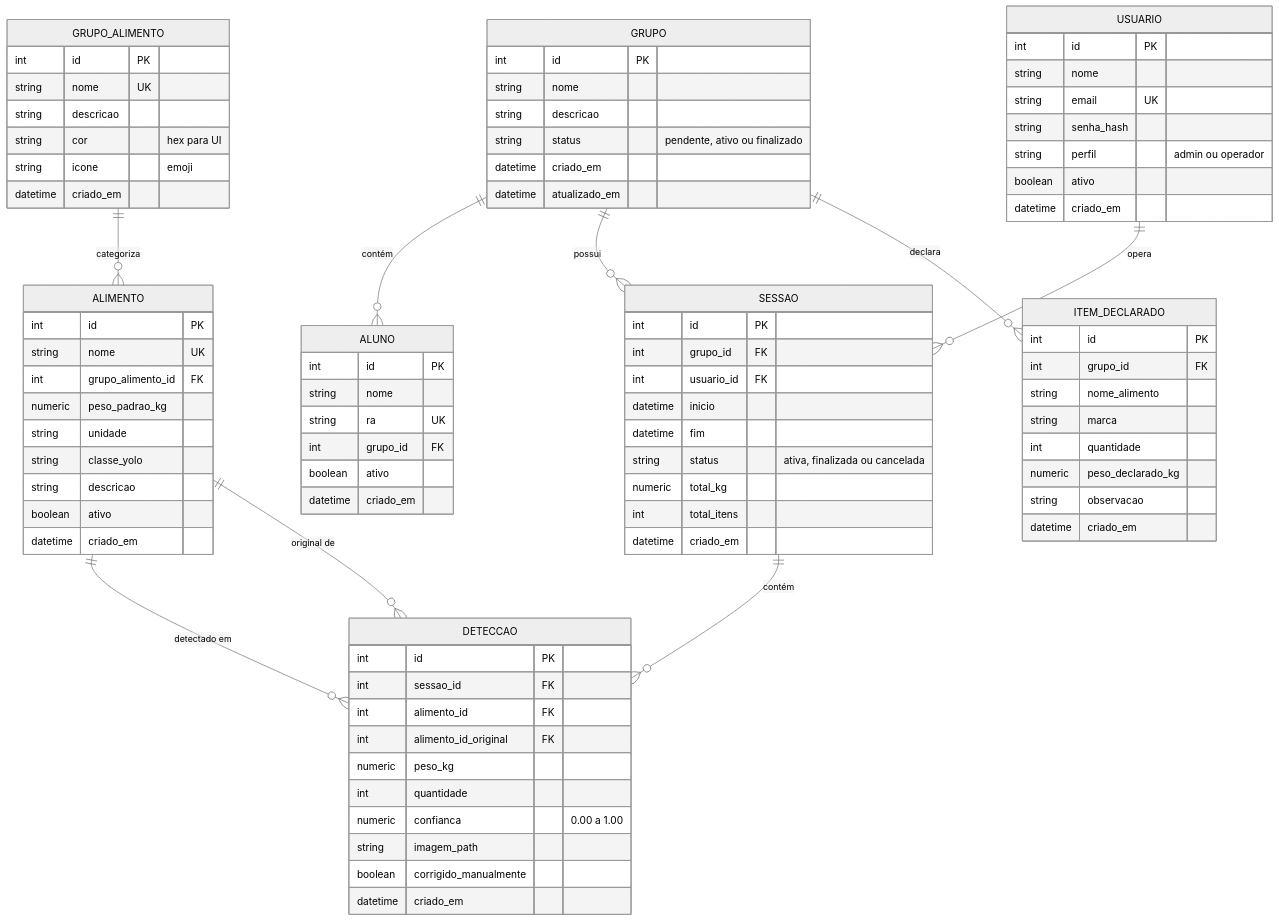
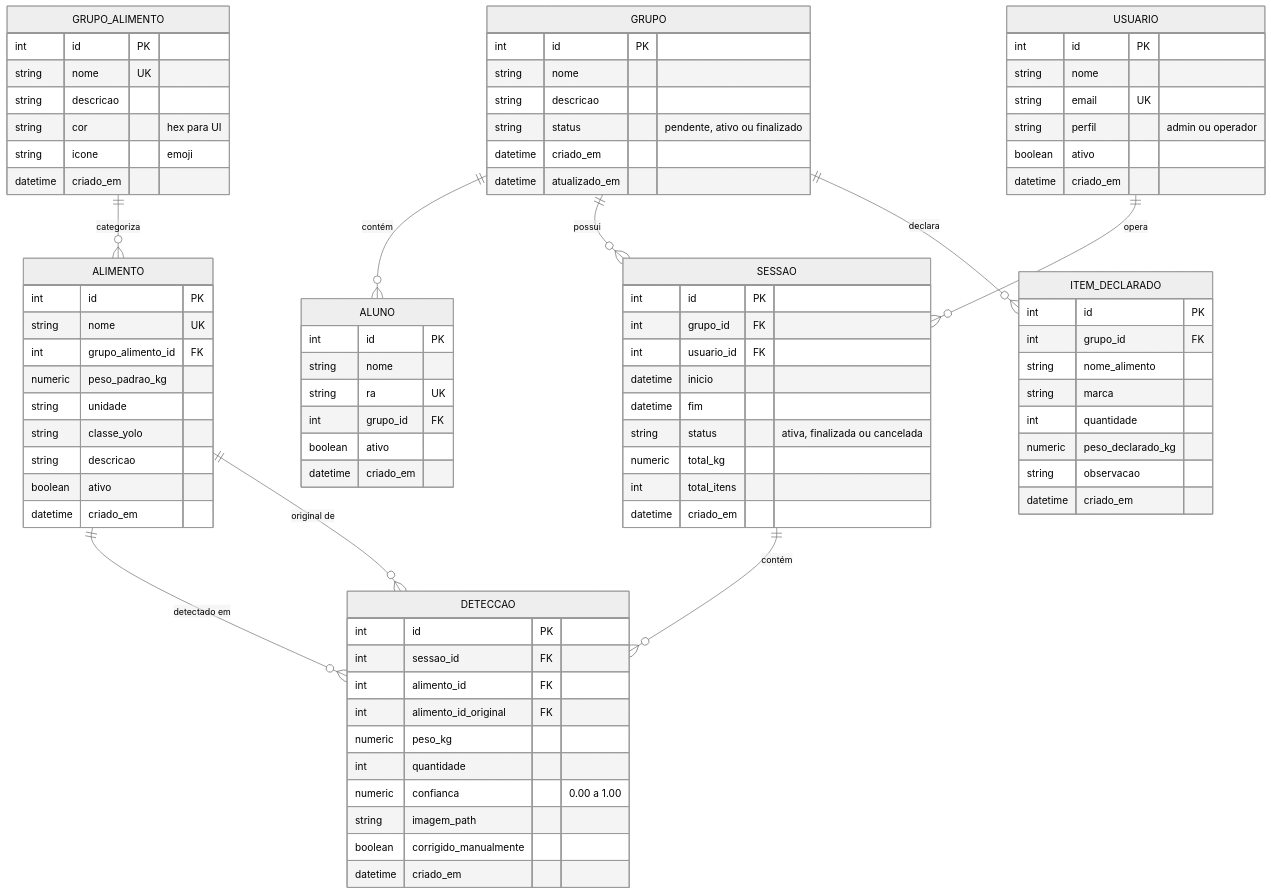
Before and after one commit to 2026-1-NCC5/Projeto1: the diagram in src/Entrega 2/backend/bd/diagrama-db.mmd, drawn with Mermaid (neutral theme). The commit also changed 92 other files, not shown here.

```diff
--- a/src/Entrega 2/backend/bd/diagrama-db.mmd
+++ b/src/Entrega 2/backend/bd/diagrama-db.mmd
@@ -1,94 +1,93 @@
 erDiagram
     USUARIO {
         int id PK
         string nome
         string email UK
-        string senha_hash
         string perfil "admin ou operador"
         boolean ativo
         datetime criado_em
     }
 
     GRUPO {
         int id PK
         string nome
         string descricao
         string status "pendente, ativo ou finalizado"
         datetime criado_em
         datetime atualizado_em
     }
 
     ALUNO {
         int id PK
         string nome
         string ra UK
         int grupo_id FK
         boolean ativo
         datetime criado_em
     }
 
     GRUPO_ALIMENTO {
         int id PK
         string nome UK
         string descricao
         string cor "hex para UI"
         string icone "emoji"
         datetime criado_em
     }
 
     ALIMENTO {
         int id PK
         string nome UK
         int grupo_alimento_id FK
         numeric peso_padrao_kg
         string unidade
         string classe_yolo
         string descricao
         boolean ativo
         datetime criado_em
     }
 
     SESSAO {
         int id PK
         int grupo_id FK
         int usuario_id FK
         datetime inicio
         datetime fim
         string status "ativa, finalizada ou cancelada"
         numeric total_kg
         int total_itens
         datetime criado_em
     }
 
     ITEM_DECLARADO {
         int id PK
         int grupo_id FK
         string nome_alimento
         string marca
         int quantidade
         numeric peso_declarado_kg
         string observacao
         datetime criado_em
     }
 
     DETECCAO {
         int id PK
         int sessao_id FK
         int alimento_id FK
         int alimento_id_original FK
         numeric peso_kg
         int quantidade
         numeric confianca "0.00 a 1.00"
         string imagem_path
         boolean corrigido_manualmente
         datetime criado_em
     }
 
     GRUPO ||--o{ ALUNO : "contém"
     GRUPO ||--o{ SESSAO : "possui"
     GRUPO ||--o{ ITEM_DECLARADO : "declara"
     USUARIO ||--o{ SESSAO : "opera"
     GRUPO_ALIMENTO ||--o{ ALIMENTO : "categoriza"
     ALIMENTO ||--o{ DETECCAO : "detectado em"
     ALIMENTO ||--o{ DETECCAO : "original de"
     SESSAO ||--o{ DETECCAO : "contém"
```
